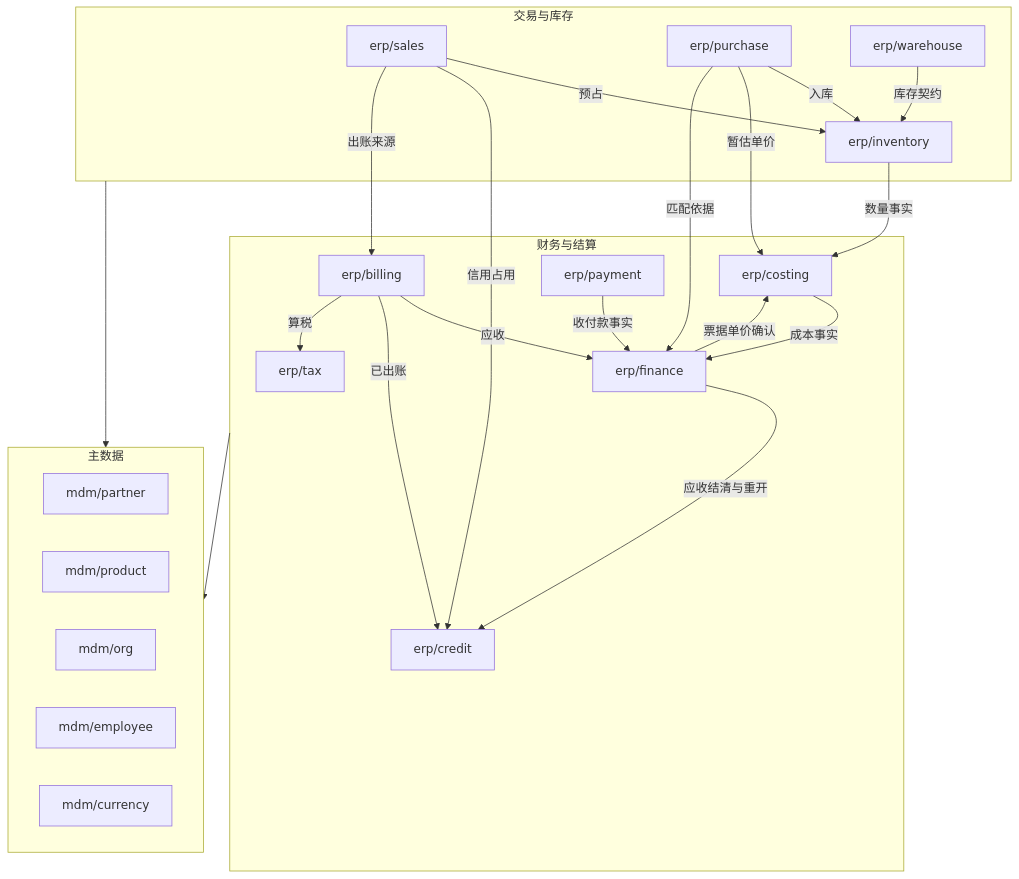
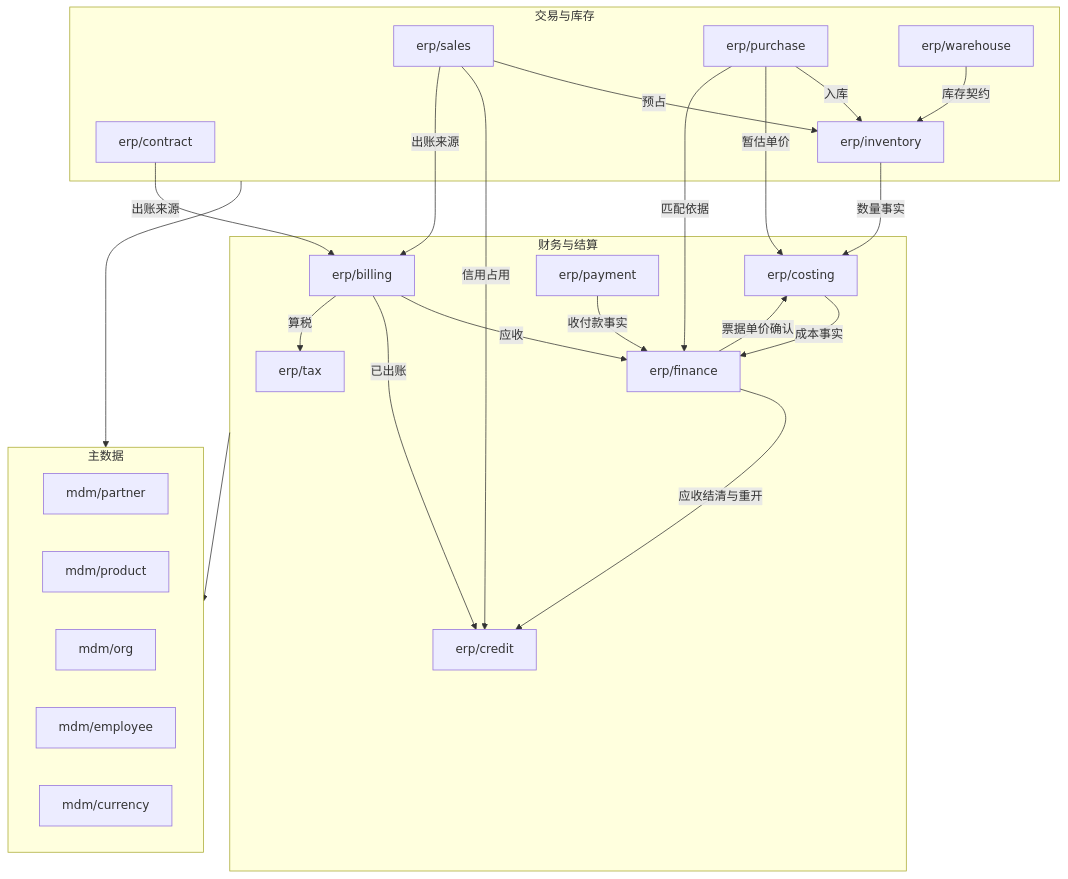
Before and after one commit to brickKit/be-assembly-standard: the first of 3 diagrams in tempDocs/final/00-overview/02-domains-and-boundaries.md, drawn with Mermaid. The commit also changed other lines of this file and 12 other files, not shown here.

First line of the commit message:
docs(tempDocs): 决定 D70（合同与订阅由新组件 erp/contract 拥有）

````diff
--- a/tempDocs/final/00-overview/02-domains-and-boundaries.md
+++ b/tempDocs/final/00-overview/02-domains-and-boundaries.md
@@ -41,29 +41,30 @@
 ```mermaid
 flowchart TB
     subgraph MDM[主数据]
       P[mdm/partner]; PR[mdm/product]; O[mdm/org]; E[mdm/employee]; C[mdm/currency]
     end
     subgraph TRADE[交易与库存]
-      S[erp/sales]; PU[erp/purchase]; I[erp/inventory]; W[erp/warehouse]
+      S[erp/sales]; CT[erp/contract]; PU[erp/purchase]; I[erp/inventory]; W[erp/warehouse]
     end
     subgraph FIN[财务与结算]
       F[erp/finance]; CR[erp/credit]; CO[erp/costing]; B[erp/billing]; PAY[erp/payment]; T[erp/tax]
     end
     S -->|预占| I
     S -->|信用占用| CR
     S -->|出账来源| B
+    CT -->|出账来源| B
     PU -->|入库| I
     PU -->|暂估单价| CO
     PU -->|匹配依据| F
     W -->|库存契约| I
     I -->|数量事实| CO
     CO -->|成本事实| F
     F -->|票据单价确认| CO
     B -->|应收| F
     B -->|已出账| CR
     B -->|算税| T
     PAY -->|收付款事实| F
     F -->|应收结清与重开| CR
     TRADE --> MDM
     FIN --> MDM
 ```
````
